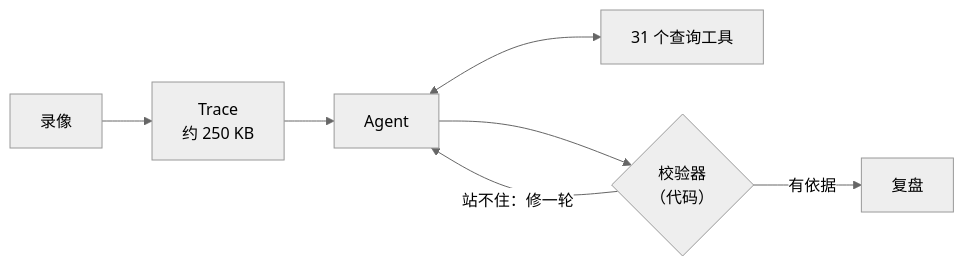
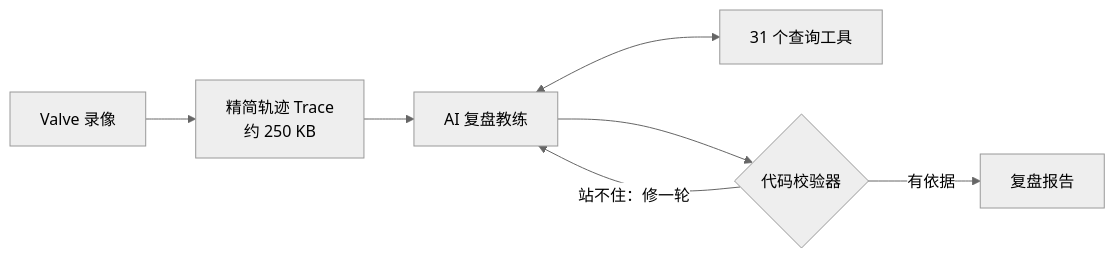
One commit to qianhaoq/dota2.ai changed the diagram in README.zh-CN.md. Above: the diagram before and after it, drawn with Mermaid (neutral theme). The commit also changed other lines of this file and 8 other files, not shown here.

````diff
--- a/README.zh-CN.md
+++ b/README.zh-CN.md
@@ -102,9 +152,9 @@
 ```mermaid
 flowchart LR
-    R["录像"] --> T["Trace<br/>约 250 KB"]
-    T --> A["Agent"]
+    R["Valve 录像"] --> T["精简轨迹 Trace<br/>约 250 KB"]
+    T --> A["AI 复盘教练"]
     A <--> L["31 个查询工具"]
-    A --> V{"校验器<br/>（代码）"}
+    A --> V{"代码校验器"}
     V -- "站不住：修一轮" --> A
-    V -- "有依据" --> D["复盘"]
+    V -- "有依据" --> D["复盘报告"]
 ```
````
